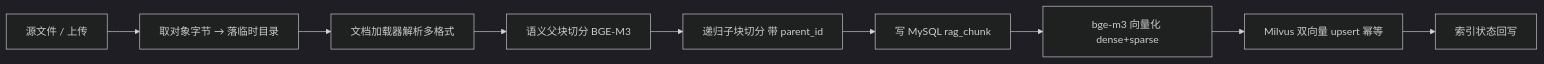
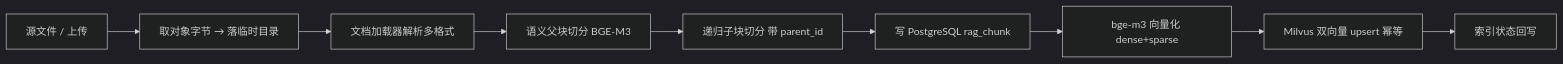
Before and after one commit to chengyan0079/multi-tenant-rag-platform: the second of 3 diagrams in README.md, drawn with Mermaid (dark theme). The commit also changed other lines of this file and 58 other files, not shown here.

````diff
--- a/README.md
+++ b/README.md
@@ -108,11 +108,11 @@
 ```mermaid
 flowchart LR
     A[源文件 / 上传] --> B[取对象字节 → 落临时目录]
     B --> C[文档加载器解析多格式]
     C --> D[语义父块切分 BGE-M3]
     D --> E[递归子块切分 带 parent_id]
-    E --> F[写 MySQL rag_chunk]
+    E --> F[写 PostgreSQL rag_chunk]
     F --> G[bge-m3 向量化 dense+sparse]
     G --> H[Milvus 双向量 upsert 幂等]
     H --> I[索引状态回写]
 ```
````
